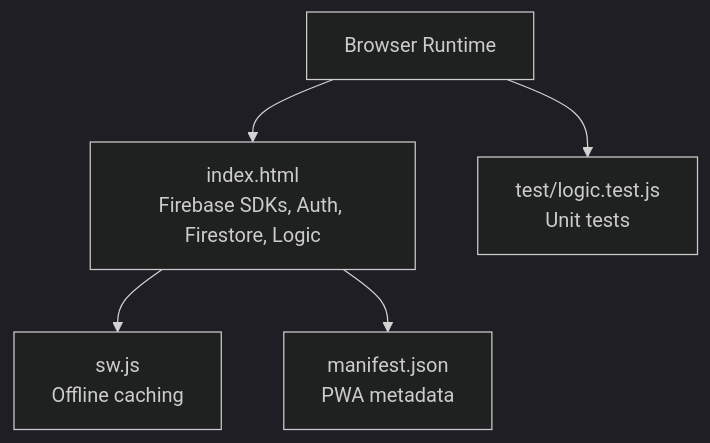
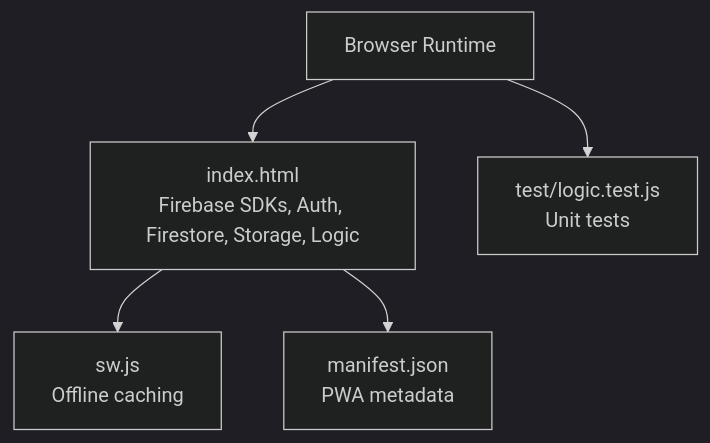
One commit to enga018/newserchhipnorthvc changed the first of 7 diagrams in .qoder/repowiki/en/content/Technical Architecture/Firebase Integration.md. Above: the diagram before and after it, drawn with Mermaid (dark theme). The commit also changed other lines of this file and 10 other files, not shown here.

````diff
--- a/.qoder/repowiki/en/content/Technical Architecture/Firebase Integration.md
+++ b/.qoder/repowiki/en/content/Technical Architecture/Firebase Integration.md
@@ -30,12 +38,12 @@
 ```mermaid
 graph TB
 Browser["Browser Runtime"]
-HTML["index.html<br/>Firebase SDKs, Auth, Firestore, Logic"]
+HTML["index.html<br/>Firebase SDKs, Auth, Firestore, Storage, Logic"]
 SW["sw.js<br/>Offline caching"]
 Manifest["manifest.json<br/>PWA metadata"]
 Tests["test/logic.test.js<br/>Unit tests"]
 Browser --> HTML
 HTML --> SW
 HTML --> Manifest
 Browser --> Tests
 ```
````
